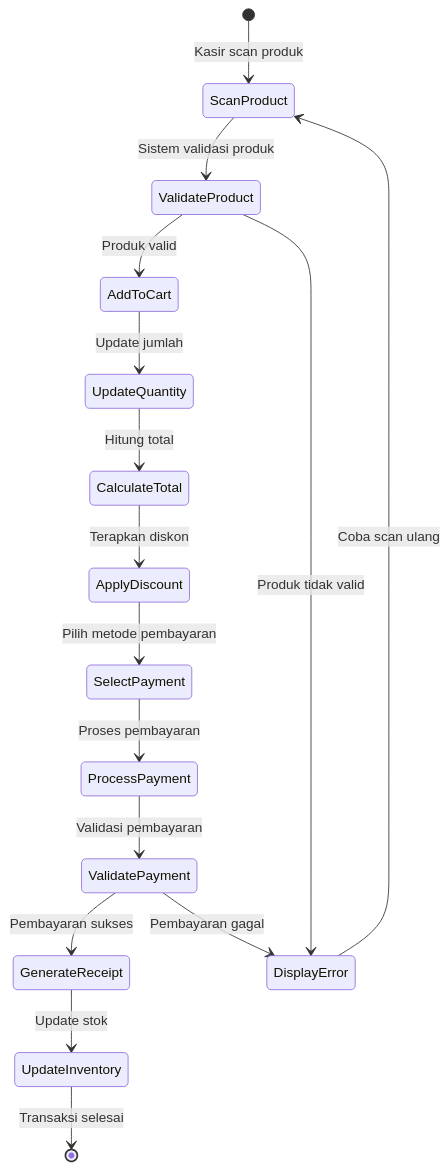
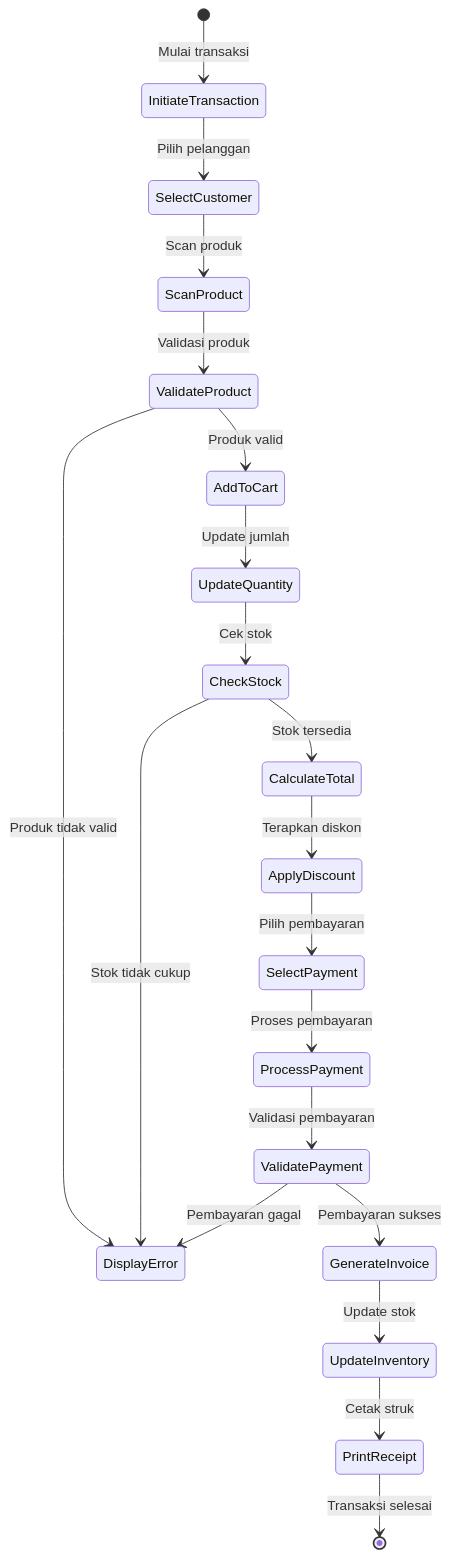
The fourth of 15 diagrams in documents/activity-diagrams.md (mrfansi/DearPOS), drawn with Mermaid before and after one commit. The commit also changed other lines of this file and 3 other files, not shown here.

````diff
--- a/documents/activity-diagrams.md
+++ b/documents/activity-diagrams.md
@@ -61,18 +62,22 @@
 ```mermaid
 stateDiagram-v2
-    [*] --> ScanProduct: Kasir scan produk
-    ScanProduct --> ValidateProduct: Sistem validasi produk
+    [*] --> InitiateTransaction: Mulai transaksi
+    InitiateTransaction --> SelectCustomer: Pilih pelanggan
+    SelectCustomer --> ScanProduct: Scan produk
+    ScanProduct --> ValidateProduct: Validasi produk
+    ValidateProduct --> DisplayError: Produk tidak valid
     ValidateProduct --> AddToCart: Produk valid
-    ValidateProduct --> DisplayError: Produk tidak valid
-    DisplayError --> ScanProduct: Coba scan ulang
     AddToCart --> UpdateQuantity: Update jumlah
-    UpdateQuantity --> CalculateTotal: Hitung total
+    UpdateQuantity --> CheckStock: Cek stok
+    CheckStock --> DisplayError: Stok tidak cukup
+    CheckStock --> CalculateTotal: Stok tersedia
     CalculateTotal --> ApplyDiscount: Terapkan diskon
-    ApplyDiscount --> SelectPayment: Pilih metode pembayaran
+    ApplyDiscount --> SelectPayment: Pilih pembayaran
     SelectPayment --> ProcessPayment: Proses pembayaran
     ProcessPayment --> ValidatePayment: Validasi pembayaran
-    ValidatePayment --> GenerateReceipt: Pembayaran sukses
     ValidatePayment --> DisplayError: Pembayaran gagal
-    GenerateReceipt --> UpdateInventory: Update stok
-    UpdateInventory --> [*]: Transaksi selesai
+    ValidatePayment --> GenerateInvoice: Pembayaran sukses
+    GenerateInvoice --> UpdateInventory: Update stok
+    UpdateInventory --> PrintReceipt: Cetak struk
+    PrintReceipt --> [*]: Transaksi selesai
 ```
````
